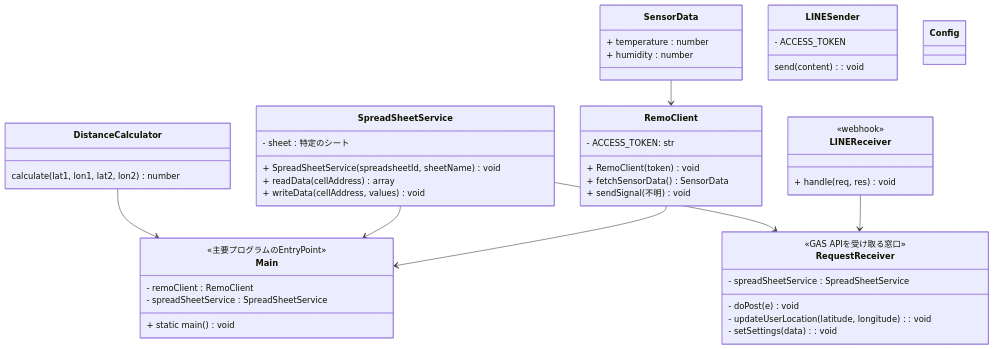
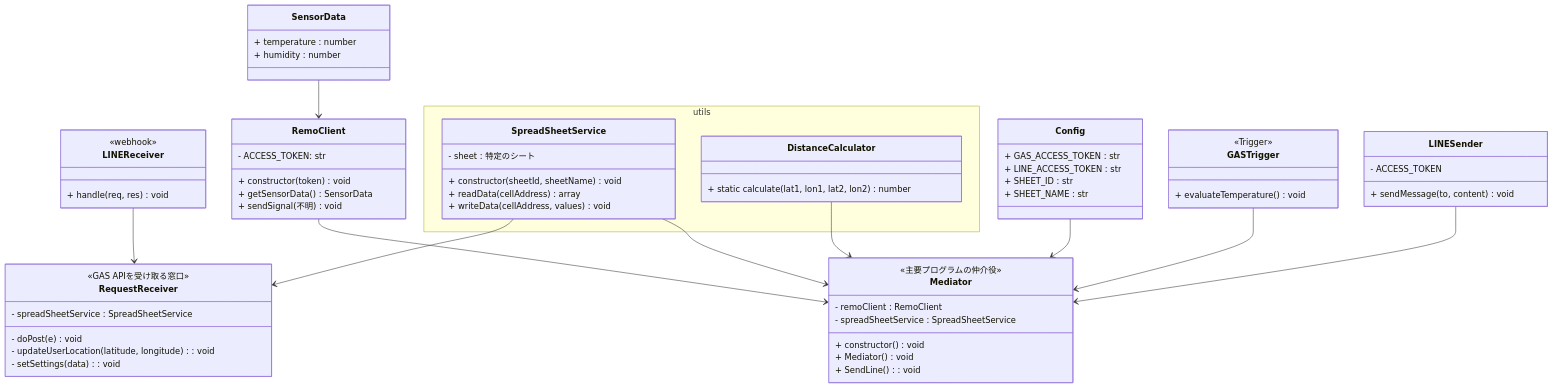
Before and after one commit to Yuffter/LINE-App-Test: the diagram in architectures/class.md, drawn with Mermaid. The commit also changed 6 other files, not shown here.

````diff
--- a/architectures/class.md
+++ b/architectures/class.md
@@ -1,52 +1,68 @@
 ```mermaid
 classDiagram
     SensorData --> RemoClient
-    RemoClient --> Main
-    SpreadSheetService --> Main
+    RemoClient --> Mediator
+    SpreadSheetService --> Mediator
     LINEReceiver --> RequestReceiver
     SpreadSheetService --> RequestReceiver
-    DistanceCalculator --> Main
-    class SpreadSheetService {
-        - sheet : 特定のシート
-        + SpreadSheetService(spreadsheetId, sheetName) void
-        + readData(cellAddress) array
-        + writeData(cellAddress, values) void
+    DistanceCalculator --> Mediator
+    Config --> Mediator
+    GASTrigger --> Mediator
+    LINESender --> Mediator
+    namespace utils {
+        class SpreadSheetService {
+            - sheet : 特定のシート
+            + constructor(sheetId, sheetName) void
+            + readData(cellAddress) array
+            + writeData(cellAddress, values) void
+    }
     }
     class RemoClient {
         - ACCESS_TOKEN: str
-        + RemoClient(token) void
-        + fetchSensorData() SensorData
+        + constructor(token) void
+        + getSensorData() SensorData
         + sendSignal(不明) void
     }
     class SensorData {
         + temperature : number
         + humidity : number
     }
     class LINEReceiver {
         <<webhook>>
         + handle(req, res) void
     }
-    class Main {
-        <<主要プログラムのEntryPoint>>
+    class Mediator {
+        <<主要プログラムの仲介役>>
         - remoClient : RemoClient
         - spreadSheetService : SpreadSheetService
-        + static main() void
+        + constructor() void
+        + Mediator() void
+        + SendLine() : void
     }
     class RequestReceiver {
         <<GAS APIを受け取る窓口>>
         - spreadSheetService : SpreadSheetService
         - doPost(e) void
         - updateUserLocation(latitude, longitude) : void
         - setSettings(data) : void
     }
     class LINESender {
         - ACCESS_TOKEN
-        send(content) : void
+        + sendMessage(to, content) void
     }
     class Config {
-        
+        + GAS_ACCESS_TOKEN : str
+        + LINE_ACCESS_TOKEN : str
+        + SHEET_ID : str
+        + SHEET_NAME : str
     }
-    class DistanceCalculator {
-        calculate(lat1, lon1, lat2, lon2) number
+    namespace utils {
+        class DistanceCalculator {
+        + static calculate(lat1, lon1, lat2, lon2) number
+        }
+    }
+    class GASTrigger {
+        <<Trigger>>
+        + evaluateTemperature() void
     }
 ```
````
